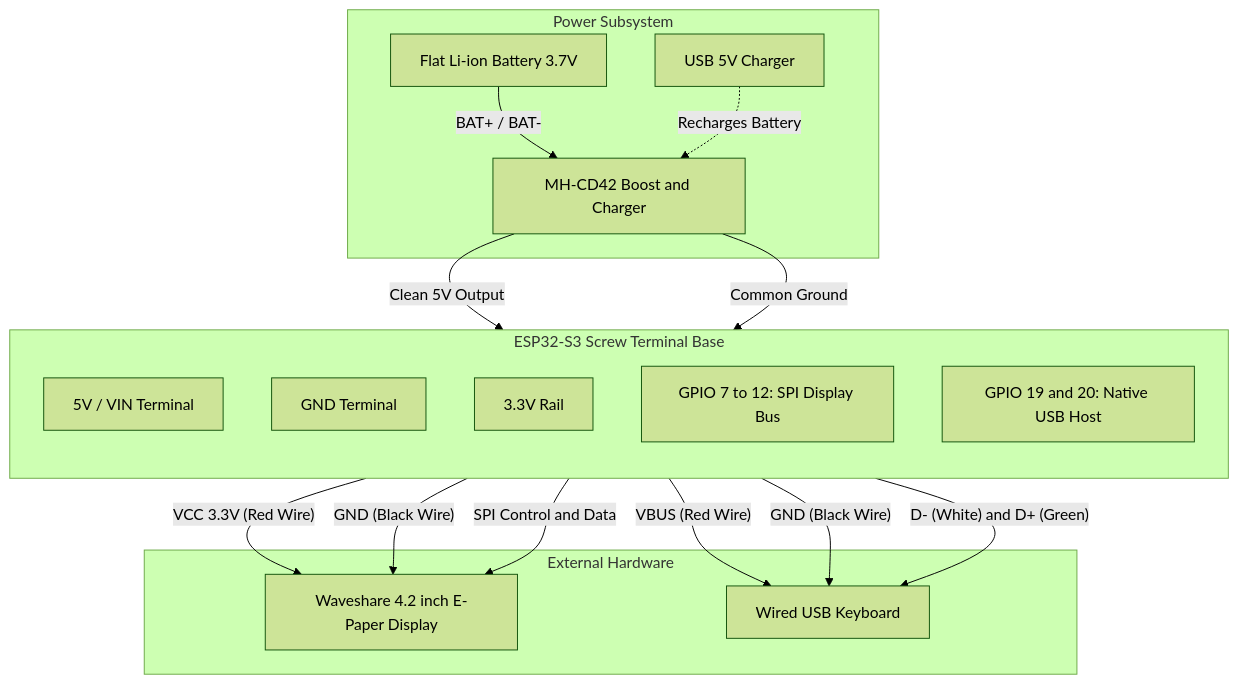
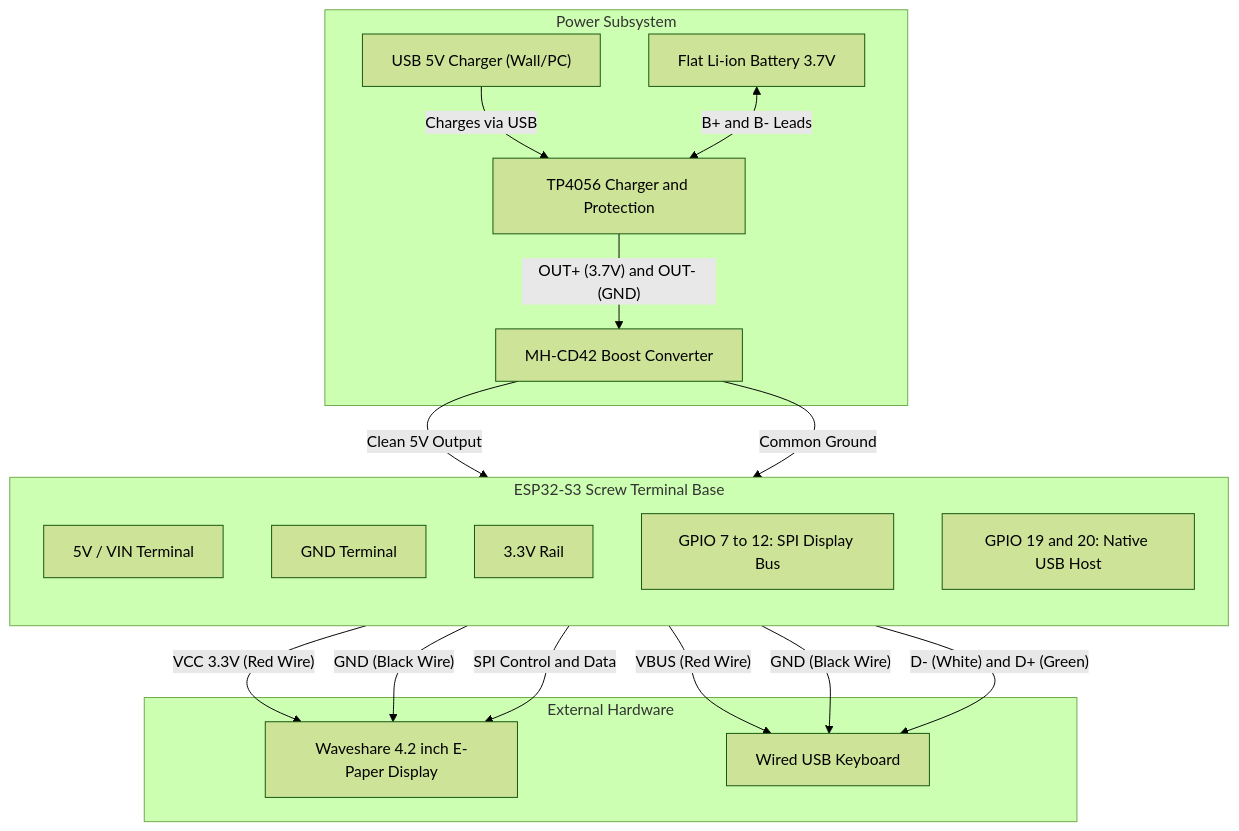
Before and after one commit to grahamsw/etype-emulator: the diagram in firmware/README.md, drawn with Mermaid (forest theme). The commit also changed other lines of this file and 2 other files, not shown here.

Commit message:
docs: update wiring diagrams and readme for TP4056 charger and MH-CD42 boost duo

````diff
--- a/firmware/README.md
+++ b/firmware/README.md
@@ -70,33 +82,34 @@
 ```mermaid
 flowchart TD
     subgraph BatteryPower["Power Subsystem"]
-        BATT["Flat Li-ion Battery 3.7V"] -->|"BAT+ / BAT-"| MHCD42["MH-CD42 Boost and Charger"]
-        CHG["USB 5V Charger"] -.->|"Recharges Battery"| MHCD42
+        CHG["USB 5V Charger (Wall/PC)"] -->|"Charges via USB"| TP4056["TP4056 Charger and Protection"]
+        BATT["Flat Li-ion Battery 3.7V"] <-->|"B+ and B- Leads"| TP4056
+        TP4056 -->|"OUT+ (3.7V) and OUT- (GND)"| MHCD42["MH-CD42 Boost Converter"]
     end
 
     subgraph TerminalBase["ESP32-S3 Screw Terminal Base"]
         direction TB
         V5["5V / VIN Terminal"]
         GND1["GND Terminal"]
         V33["3.3V Rail"]
         
         SPI_PINS["GPIO 7 to 12: SPI Display Bus"]
         USB_PINS["GPIO 19 and 20: Native USB Host"]
     end
 
     subgraph Peripherals["External Hardware"]
         EPAPER["Waveshare 4.2 inch E-Paper Display"]
         KEYBOARD["Wired USB Keyboard"]
     end
 
     MHCD42 -->|"Clean 5V Output"| V5
     MHCD42 -->|"Common Ground"| GND1
     
     V5 -->|"VBUS (Red Wire)"| KEYBOARD
     GND1 -->|"GND (Black Wire)"| KEYBOARD
     USB_PINS -->|"D- (White) and D+ (Green)"| KEYBOARD
 
     V33 -->|"VCC 3.3V (Red Wire)"| EPAPER
     GND1 -->|"GND (Black Wire)"| EPAPER
     SPI_PINS -->|"SPI Control and Data"| EPAPER
 ```
````
